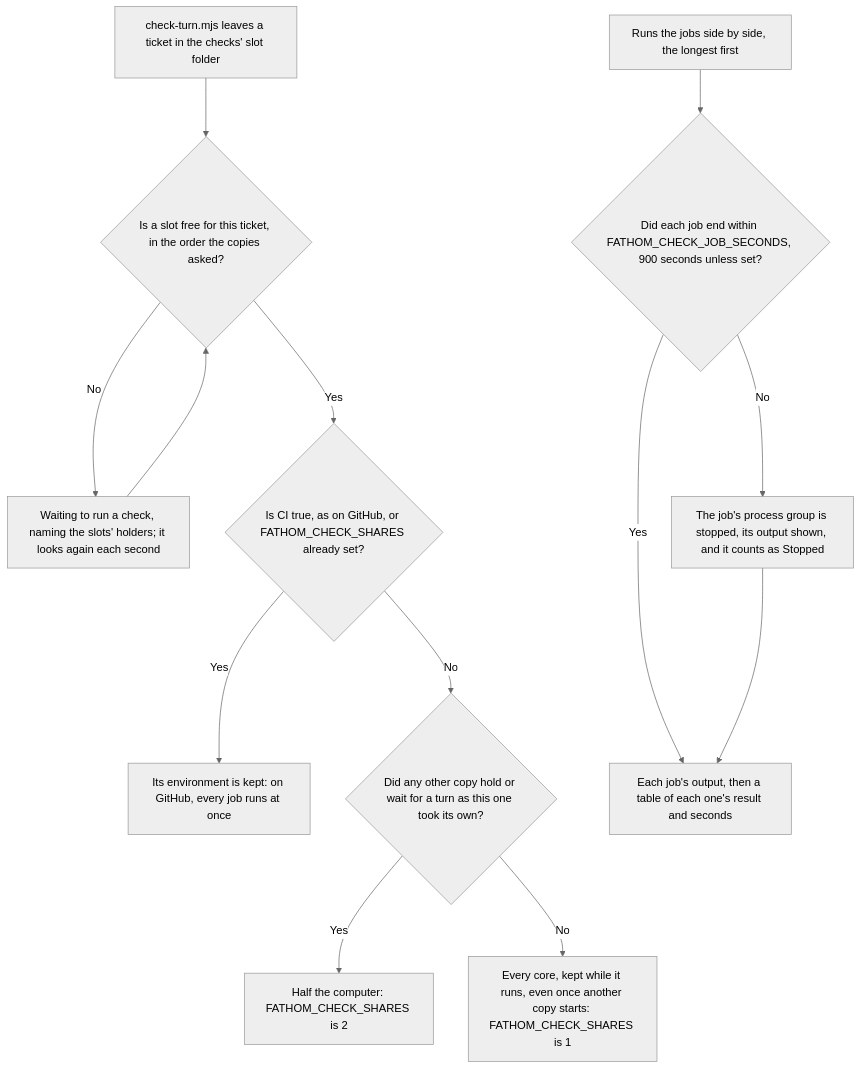
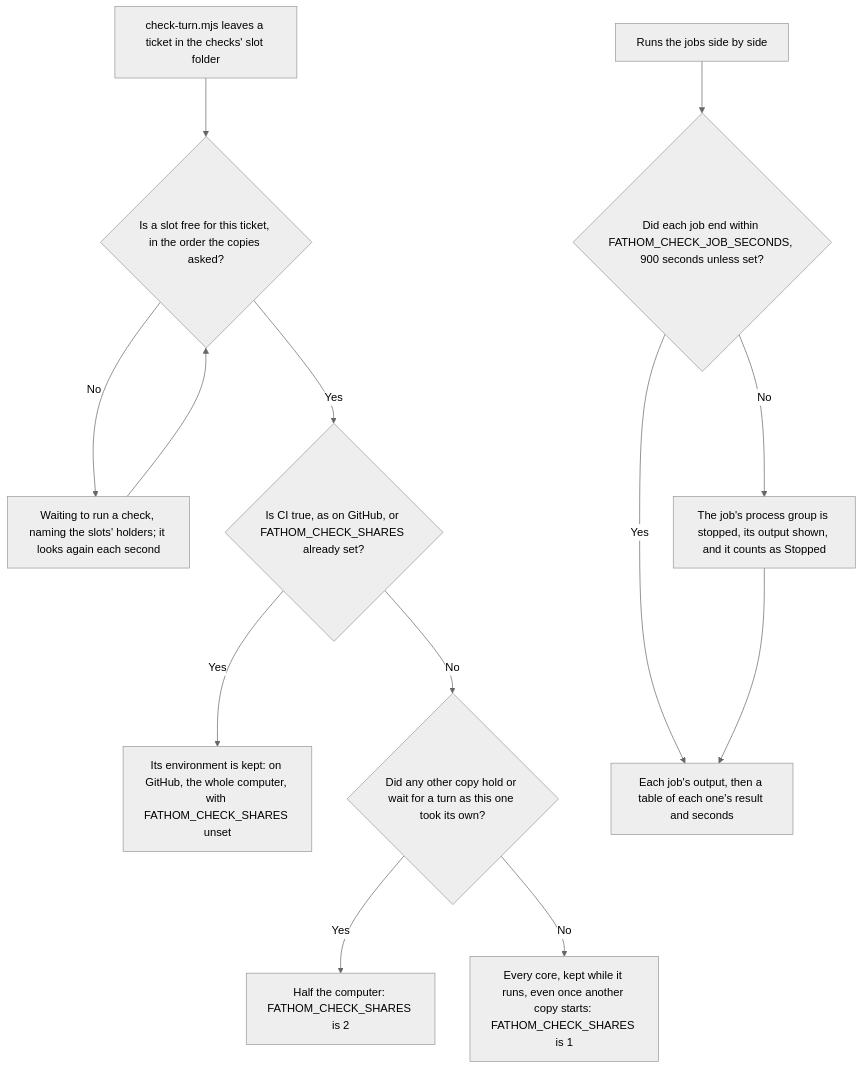
One commit to ribbitworks/fathom changed the sixth of 11 diagrams in docs/design/checks-and-ci.md. Above: the diagram before and after it, drawn with Mermaid (neutral theme). The commit also changed other lines of this file and 2 other files, not shown here.

First line of the commit message:
refactor: start every check job at once

````diff
--- a/docs/design/checks-and-ci.md
+++ b/docs/design/checks-and-ci.md
@@ -144,15 +144,15 @@
 ```mermaid
 flowchart TD
     Ticket["check-turn.mjs leaves a ticket in the checks' slot folder"] --> Free{"Is a slot free for this ticket, in the order the copies asked?"}
     Free -- No --> Wait["Waiting to run a check, naming the slots' holders; it looks again each second"]
     Wait --> Free
     Free -- Yes --> OnGitHub{"Is CI true, as on GitHub, or FATHOM_CHECK_SHARES already set?"}
-    OnGitHub -- Yes --> WholeComputer["Its environment is kept: on GitHub, every job runs at once"]
+    OnGitHub -- Yes --> WholeComputer["Its environment is kept: on GitHub, the whole computer, with FATHOM_CHECK_SHARES unset"]
     OnGitHub -- No --> Alone{"Did any other copy hold or wait for a turn as this one took its own?"}
     Alone -- Yes --> HalfComputer["Half the computer: FATHOM_CHECK_SHARES is 2"]
     Alone -- No --> EveryCore["Every core, kept while it runs, even once another copy starts: FATHOM_CHECK_SHARES is 1"]
-    Run["Runs the jobs side by side, the longest first"] --> Limit{"Did each job end within FATHOM_CHECK_JOB_SECONDS, 900 seconds unless set?"}
+    Run["Runs the jobs side by side"] --> Limit{"Did each job end within FATHOM_CHECK_JOB_SECONDS, 900 seconds unless set?"}
     Limit -- No --> Stopped["The job's process group is stopped, its output shown, and it counts as Stopped"]
     Limit -- Yes --> Results["Each job's output, then a table of each one's result and seconds"]
     Stopped --> Results
 ```
````
